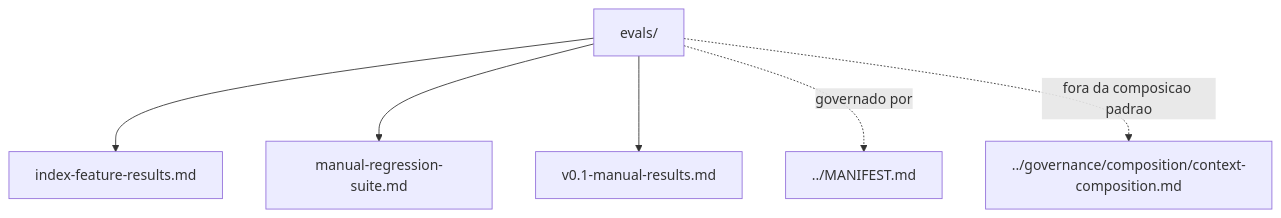
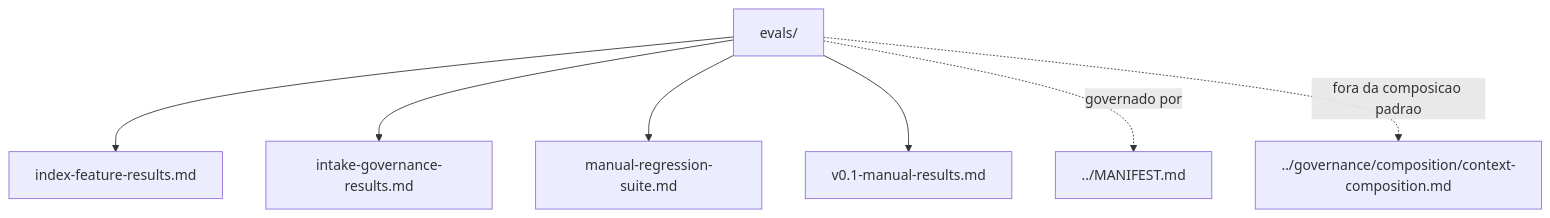
One commit to moreira-and/agent-ops changed the diagram in evals/README.md. Above: the diagram before and after it, drawn with Mermaid. The commit also changed other lines of this file and 18 other files, not shown here.

````diff
--- a/evals/README.md
+++ b/evals/README.md
@@ -100,9 +101,10 @@
 ```mermaid
 flowchart TD
     current["evals/"]
     current --> n1["index-feature-results.md"]
-    current --> n2["manual-regression-suite.md"]
-    current --> n3["v0.1-manual-results.md"]
-    current -. "governado por" .-> n4["../MANIFEST.md"]
-    current -. "fora da composicao padrao" .-> n5["../governance/composition/context-composition.md"]
+    current --> n2["intake-governance-results.md"]
+    current --> n3["manual-regression-suite.md"]
+    current --> n4["v0.1-manual-results.md"]
+    current -. "governado por" .-> n5["../MANIFEST.md"]
+    current -. "fora da composicao padrao" .-> n6["../governance/composition/context-composition.md"]
 ```
````
